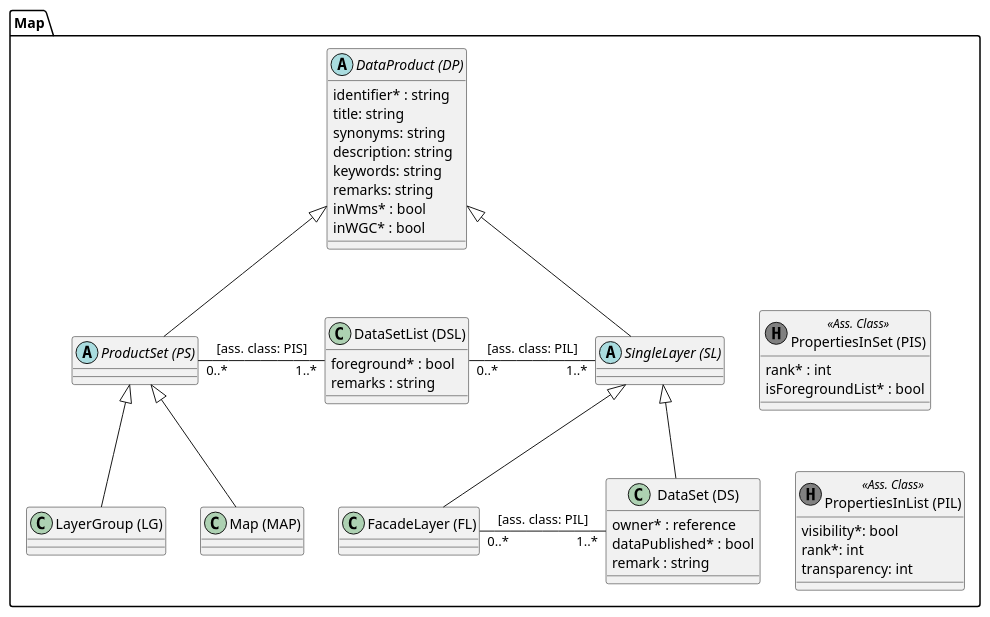
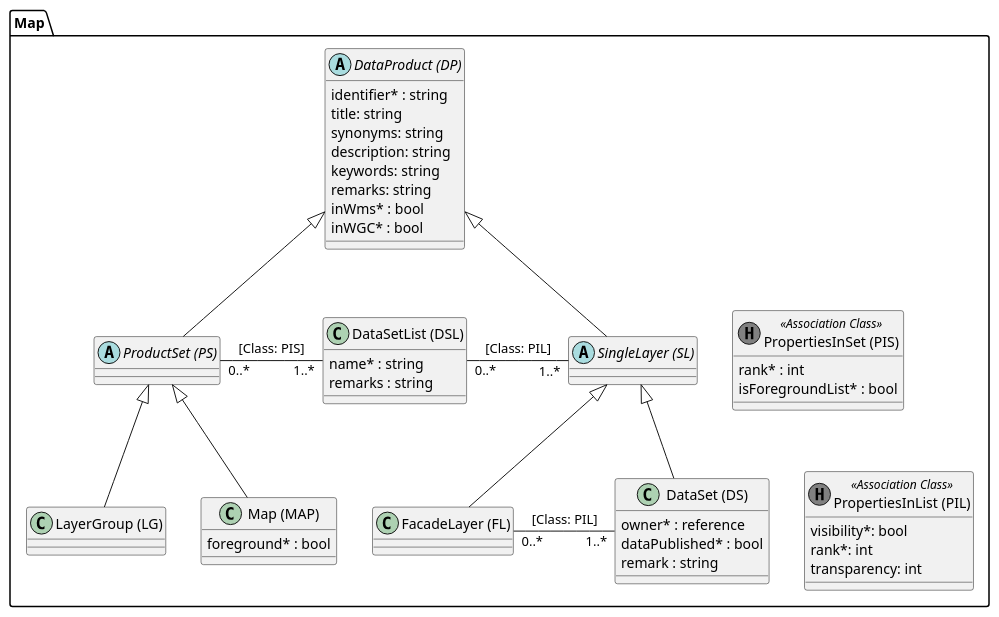
One commit to simi-so/mm changed the diagram in puml/src/simi_map.puml. Above: the diagram before and after it, drawn with PlantUML. The commit also changed 2 other files, not shown here.

Commit message:
Map can either be foreground or background, not both in the same map

```diff
--- a/puml/src/simi_map.puml
+++ b/puml/src/simi_map.puml
@@ -1,60 +1,62 @@
 @startuml
 package Map {
   abstract class "DataProduct (DP)" as dp {
       identifier* : string
       title: string
       synonyms: string
       description: string
       keywords: string
       remarks: string
       inWms* : bool
       inWGC* : bool
   }
   
   abstract class "ProductSet (PS)" as ps
   class "LayerGroup (LG)" as lg
 
-  class "Map (MAP)" as map
+  class "Map (MAP)" as map {
+    foreground* : bool
+  }
   
   class "DataSetList (DSL)" as dsl {
-    foreground* : bool
+    name* : string
     remarks : string
   }
   
   abstract class "SingleLayer (SL)" as sl
   class "FacadeLayer (FL)" as fl
   class "DataSet (DS)" as ds {
     owner* : reference
     dataPublished* : bool
     remark : string
   }
   
-  class "PropertiesInList (PIL)" as pil << (H, grey) Ass. Class >> {
+  class "PropertiesInList (PIL)" as pil << (H, grey) Association Class >> {
   	visibility*: bool
     rank*: int
     transparency: int
   }
   
-  class "PropertiesInSet (PIS)" as pis << (H, grey) Ass. Class >> {
+  class "PropertiesInSet (PIS)" as pis << (H, grey) Association Class >> {
     rank* : int
     isForegroundList* : bool
   }
   
   dp <|-- ps
   ps <|-- lg
   ps <|-- map
   
   dp <|-- sl
   sl <|-- ds
   sl <|-- fl
   
-  ps "0..*" - "1..*" dsl : [ass. class: PIS]
+  ps "0..*" - "1..*" dsl : [Class: PIS]
   
-  dsl "0..*" - "1..*" sl : [ass. class: PIL]  
-  fl "0..*" - "1..*" ds : [ass. class: PIL]
+  dsl "0..*" - "1..*" sl : [Class: PIL]  
+  fl "0..*" - "1..*" ds : [Class: PIL]
   
   ' layout help
   sl -[hidden]> pis
   ds -[hidden]> pil
 }
 @enduml
```
